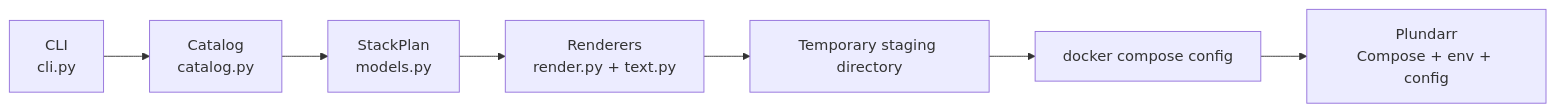
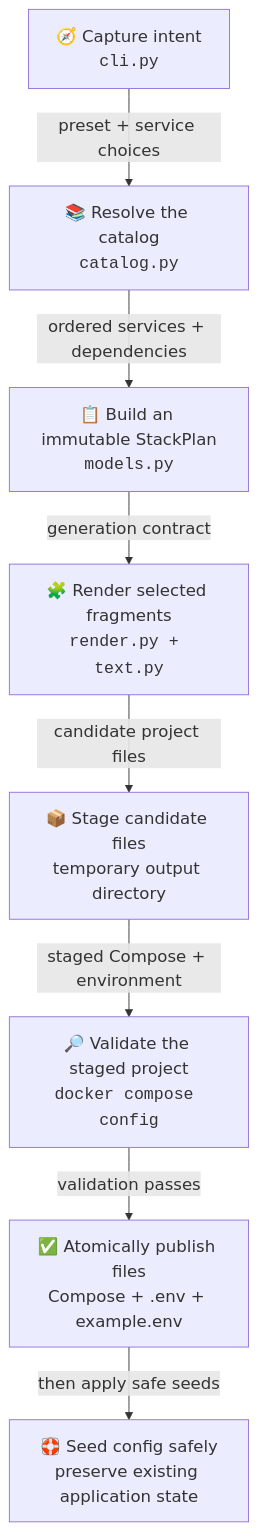
Before and after one commit to scottgigawatt/plundarr: the diagram in docs/development/maraudarr/architecture.md, drawn with Mermaid. The commit also changed other lines of this file, not shown here.

Commit message:
🧭 Make Maraudarr's boxes march single file

````diff
--- a/docs/development/maraudarr/architecture.md
+++ b/docs/development/maraudarr/architecture.md
@@ -8,17 +12,20 @@
 ```mermaid
-flowchart LR
-    CLI["CLI<br/>cli.py"]
-    Catalog["Catalog<br/>catalog.py"]
-    Plan["StackPlan<br/>models.py"]
-    Render["Renderers<br/>render.py + text.py"]
-    Stage["Temporary staging directory"]
-    Validate["docker compose config"]
-    Output["Plundarr<br/>Compose + env + config"]
+%%{init: {"flowchart": {"nodeSpacing": 40, "rankSpacing": 52}, "themeVariables": {"fontSize": "18px"}}}%%
+flowchart TB
+    CLI["🧭 Capture intent<br/><code>cli.py</code>"]
+    Catalog["📚 Resolve the catalog<br/><code>catalog.py</code>"]
+    Plan["📋 Build an immutable StackPlan<br/><code>models.py</code>"]
+    Render["🧩 Render selected fragments<br/><code>render.py + text.py</code>"]
+    Stage["📦 Stage candidate files<br/>temporary output directory"]
+    Validate["🔎 Validate the staged project<br/><code>docker compose config</code>"]
+    Publish["✅ Atomically publish files<br/>Compose + .env + example.env"]
+    Config["🛟 Seed config safely<br/>preserve existing application state"]
 
-    CLI --> Catalog
-    Catalog --> Plan
-    Plan --> Render
-    Render --> Stage
-    Stage --> Validate
-    Validate --> Output
+    CLI -->|"preset + service choices"| Catalog
+    Catalog -->|"ordered services + dependencies"| Plan
+    Plan -->|"generation contract"| Render
+    Render -->|"candidate project files"| Stage
+    Stage -->|"staged Compose + environment"| Validate
+    Validate -->|"validation passes"| Publish
+    Publish -->|"then apply safe seeds"| Config
 ```
````
